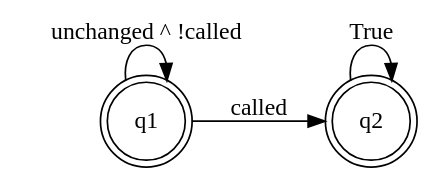
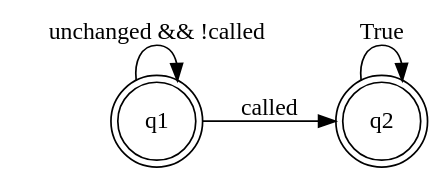
One commit to ScottWe/solidity-1 changed the diagram in tutorials/3_monitor.gv. Above: the diagram before and after it, drawn with Graphviz. The commit also changed 3 other files, not shown here.

```diff
--- a/tutorials/3_monitor.gv
+++ b/tutorials/3_monitor.gv
@@ -1,7 +1,7 @@
 digraph finite_state_machine {
 	rankdir=LR;
 	node [shape = doublecircle]; q1 q2;
-	q1 -> q1 [ label = "unchanged ^ !called" ];
+	q1 -> q1 [ label = "unchanged && !called" ];
 	q1 -> q2 [ label = "called" ];
 	q2 -> q2 [ label = "True" ];
 }
```
